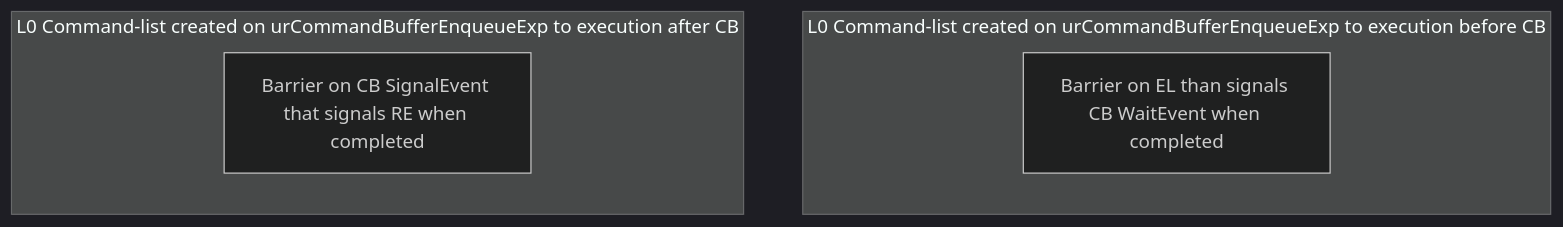
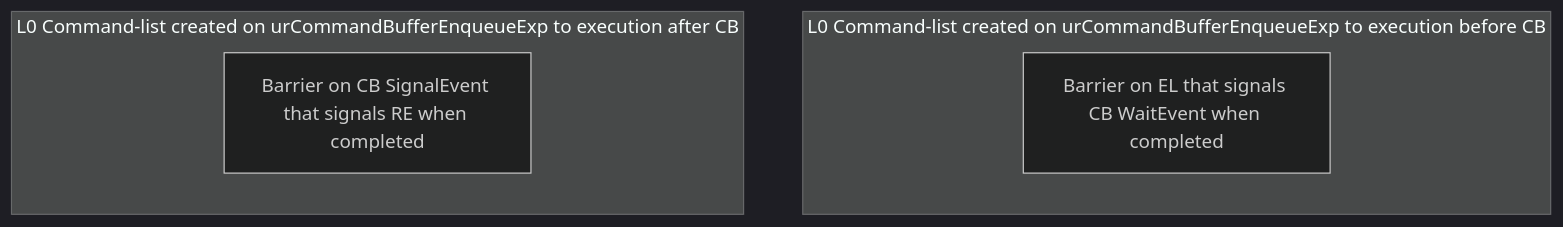
The second of 2 diagrams in sycl/doc/design/CommandGraph.md (reble/llvm), drawn with Mermaid (dark theme) before and after one commit. The commit also changed other lines of this file, not shown here.

````diff
--- a/sycl/doc/design/CommandGraph.md
+++ b/sycl/doc/design/CommandGraph.md
@@ -156,9 +156,9 @@
 ```mermaid
 flowchart TB
     subgraph L0 Command-list created on urCommandBufferEnqueueExp to execution before CB
-    id1[Barrier on EL than signals CB WaitEvent when completed]
+    id1[Barrier on EL that signals CB WaitEvent when completed]
     end
     subgraph L0 Command-list created on urCommandBufferEnqueueExp to execution after CB
     id2[Barrier on CB SignalEvent that signals RE when completed]
     end
 ```
````
